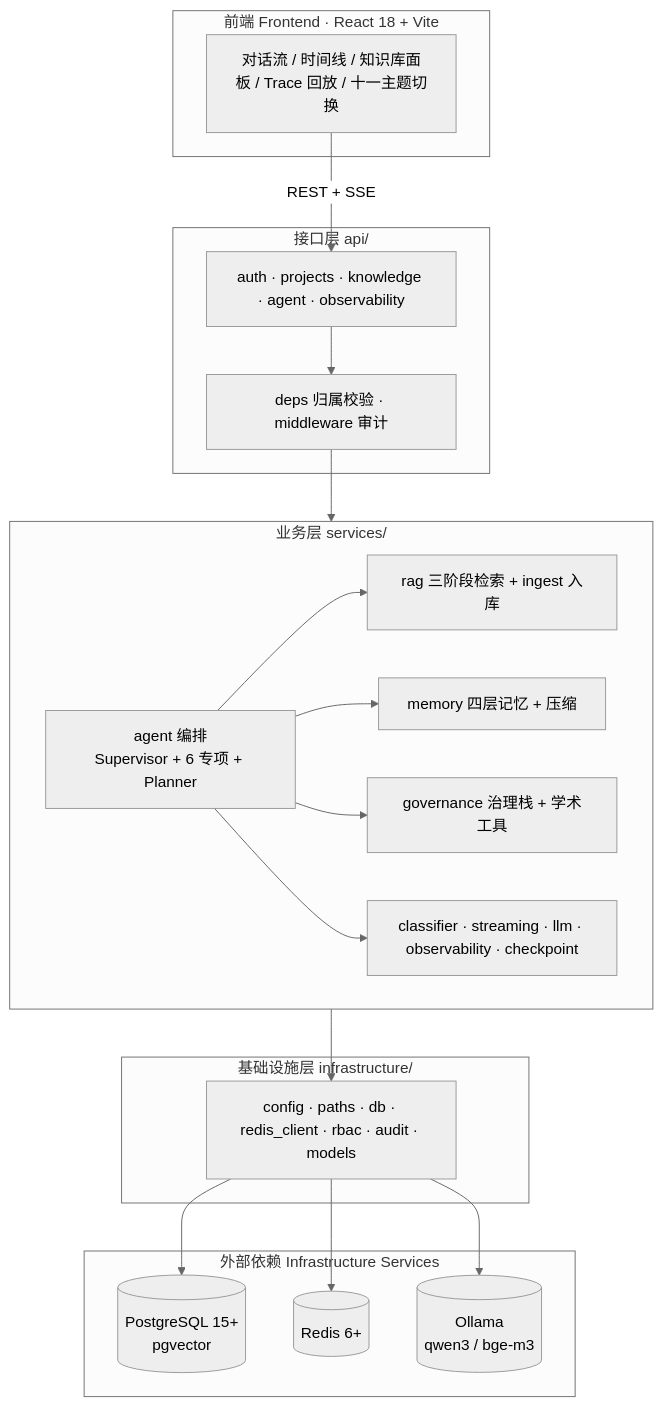
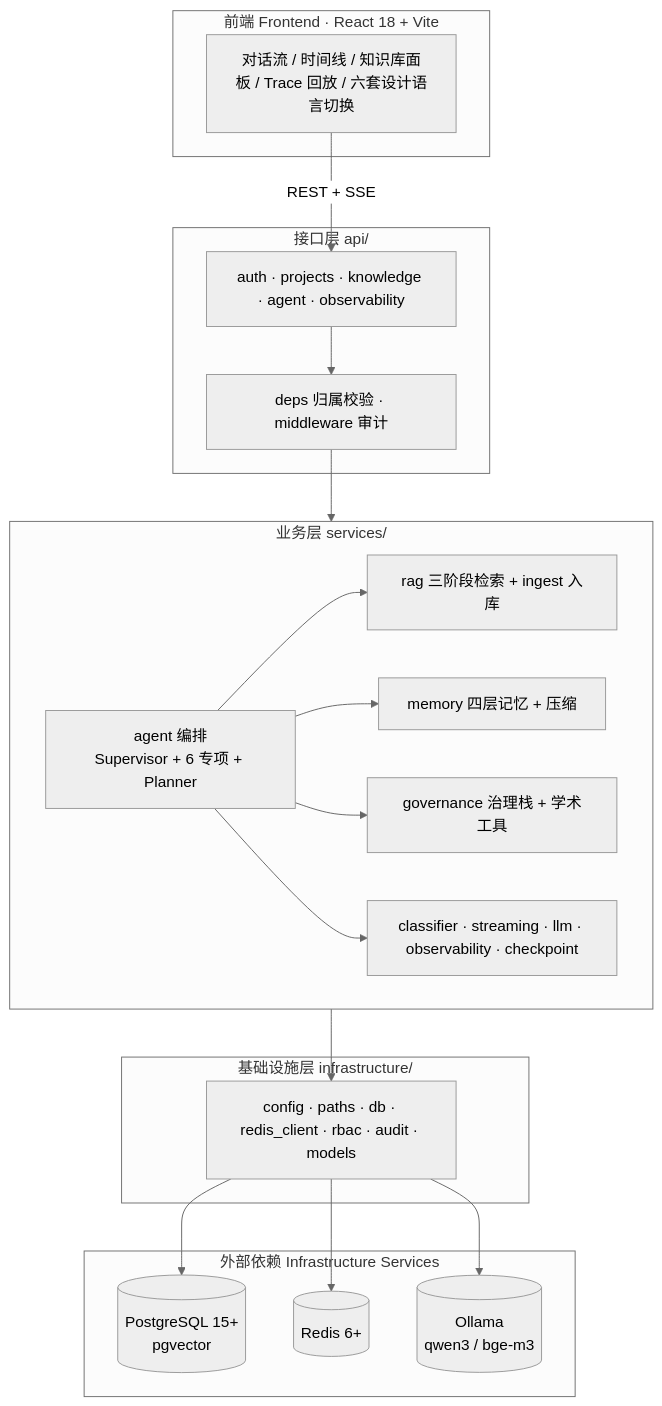
The first of 2 diagrams in README.md (shangguanyunji663/Lun-Assistant), drawn with Mermaid (neutral theme) before and after one commit. The commit also changed other lines of this file and 61 other files, not shown here.

````diff
--- a/README.md
+++ b/README.md
@@ -104,41 +104,41 @@
 ```mermaid
 flowchart TB
     subgraph FE["前端 Frontend · React 18 + Vite"]
-        UI["对话流 / 时间线 / 知识库面板 / Trace 回放 / 十一主题切换"]
+        UI["对话流 / 时间线 / 知识库面板 / Trace 回放 / 六套设计语言切换"]
     end
 
     subgraph API["接口层 api/"]
         A1["auth · projects · knowledge · agent · observability"]
         A2["deps 归属校验 · middleware 审计"]
     end
 
     subgraph SVC["业务层 services/"]
         S1["agent 编排<br/>Supervisor + 6 专项 + Planner"]
         S2["rag 三阶段检索 + ingest 入库"]
         S3["memory 四层记忆 + 压缩"]
         S4["governance 治理栈 + 学术工具"]
         S5["classifier · streaming · llm · observability · checkpoint"]
     end
 
     subgraph INF["基础设施层 infrastructure/"]
         I1["config · paths · db · redis_client · rbac · audit · models"]
     end
 
     subgraph EXT["外部依赖 Infrastructure Services"]
         E1[("PostgreSQL 15+<br/>pgvector")]
         E2[("Redis 6+")]
         E3[("Ollama<br/>qwen3 / bge-m3")]
     end
 
     UI -->|"REST + SSE"| A1
     A1 --> A2
     A2 --> SVC
     S1 --> S2
     S1 --> S3
     S1 --> S4
     S1 --> S5
     SVC --> I1
     I1 --> E1
     I1 --> E2
     I1 --> E3
 ```
````
